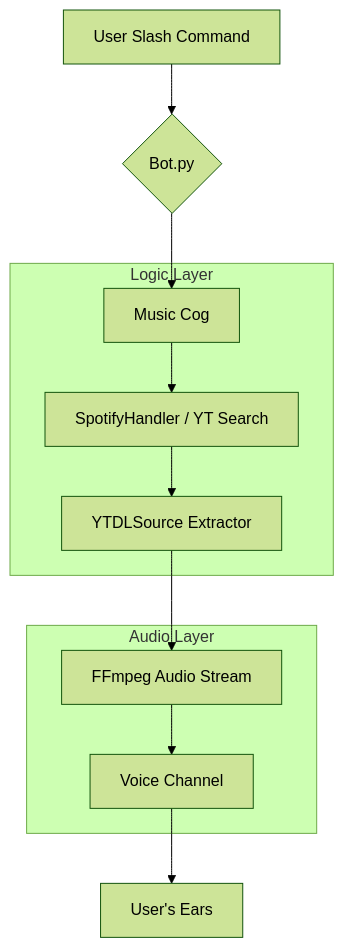
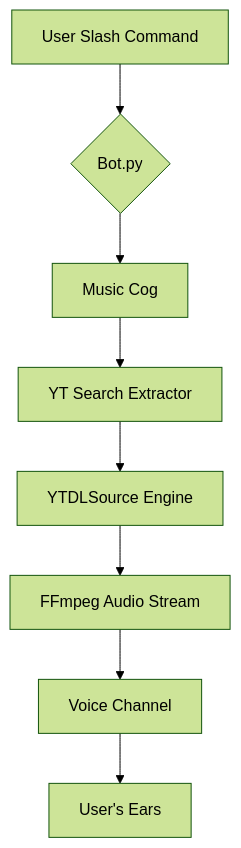
The diagram in README.md (Athallah1234/Bot-Discord-Music), drawn with Mermaid (forest theme) before and after one commit. The commit also changed other lines of this file, not shown here.

````diff
--- a/README.md
+++ b/README.md
@@ -205,21 +127,10 @@
 ```mermaid
 graph TD
     A[User Slash Command] --> B{Bot.py}
     B --> C[Music Cog]
-    C --> D[SpotifyHandler / YT Search]
-    D --> E[YTDLSource Extractor]
+    C --> D[YT Search Extractor]
+    D --> E[YTDLSource Engine]
     E --> F[FFmpeg Audio Stream]
     F --> G[Voice Channel]
     G --> H[User's Ears]
-    
-    subgraph "Logic Layer"
-    C
-    D
-    E
-    end
-    
-    subgraph "Audio Layer"
-    F
-    G
-    end
 ```
````
